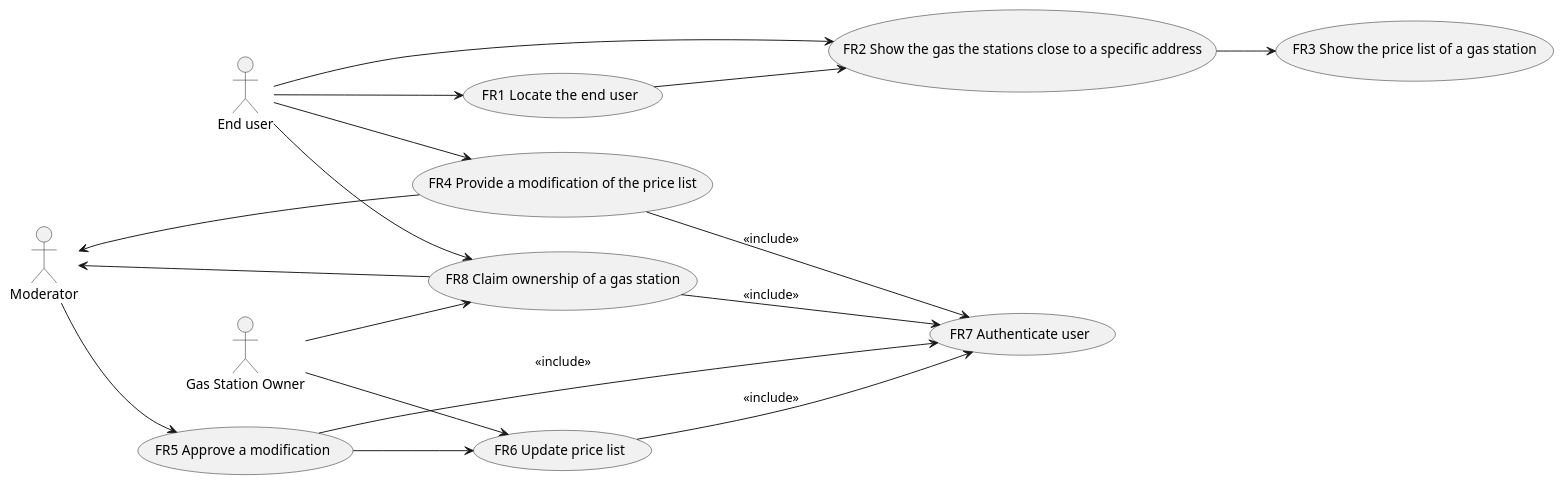
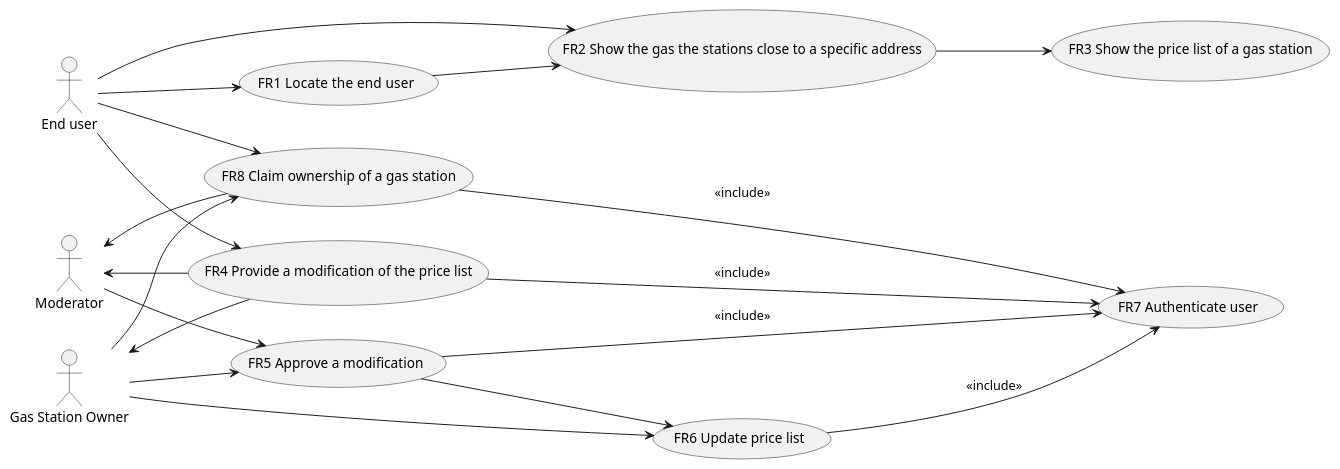
The second of 2 diagrams in REQ_s269679.md (SoftengPoliTo/Lab2), drawn with PlantUML before and after one commit. The commit also changed other lines of this file, not shown here.

````diff
--- a/REQ_s269679.md
+++ b/REQ_s269679.md
@@ -91,22 +109,24 @@
 ```plantuml
 left to right direction
 actor "End user" as u
 actor "Moderator" as m
 actor "Gas Station Owner" as go
 u --> (FR1  Locate the end user)
 u --> (FR2 Show the gas the stations close to a specific address)
 (FR1  Locate the end user) --> (FR2 Show the gas the stations close to a specific address)
 (FR2 Show the gas the stations close to a specific address) --> (FR3 Show the price list of a gas station)
 u --> (FR4 Provide a modification of the price list)
 (FR4 Provide a modification of the price list) --> (FR7 Authenticate user) : <<include>>
 u --> (FR8 Claim ownership of a gas station)
 (FR8 Claim ownership of a gas station) --> (FR7 Authenticate user) : <<include>>
 m <-- (FR8 Claim ownership of a gas station)
 m <-- (FR4 Provide a modification of the price list)
 m --> (FR5 Approve a modification)
 (FR5 Approve a modification) --> (FR7 Authenticate user) : <<include>>
 (FR5 Approve a modification) --> (FR6 Update price list)
 (FR6 Update price list) --> (FR7 Authenticate user) : <<include>>
+go <-- (FR4 Provide a modification of the price list)
+go --> (FR5 Approve a modification)
 go --> (FR6 Update price list)
 go --> (FR8 Claim ownership of a gas station)
 ```
````
